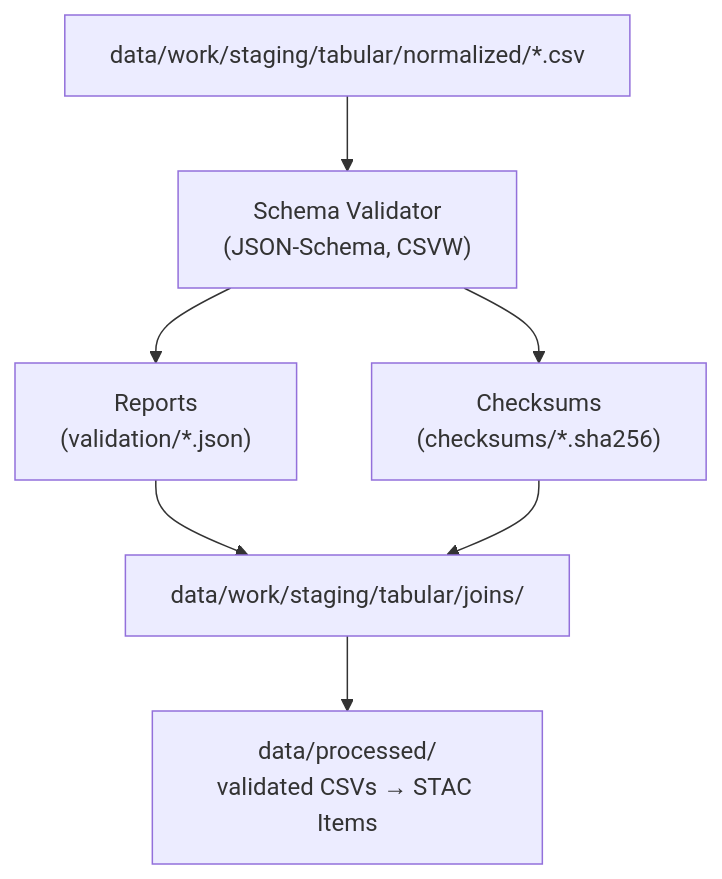
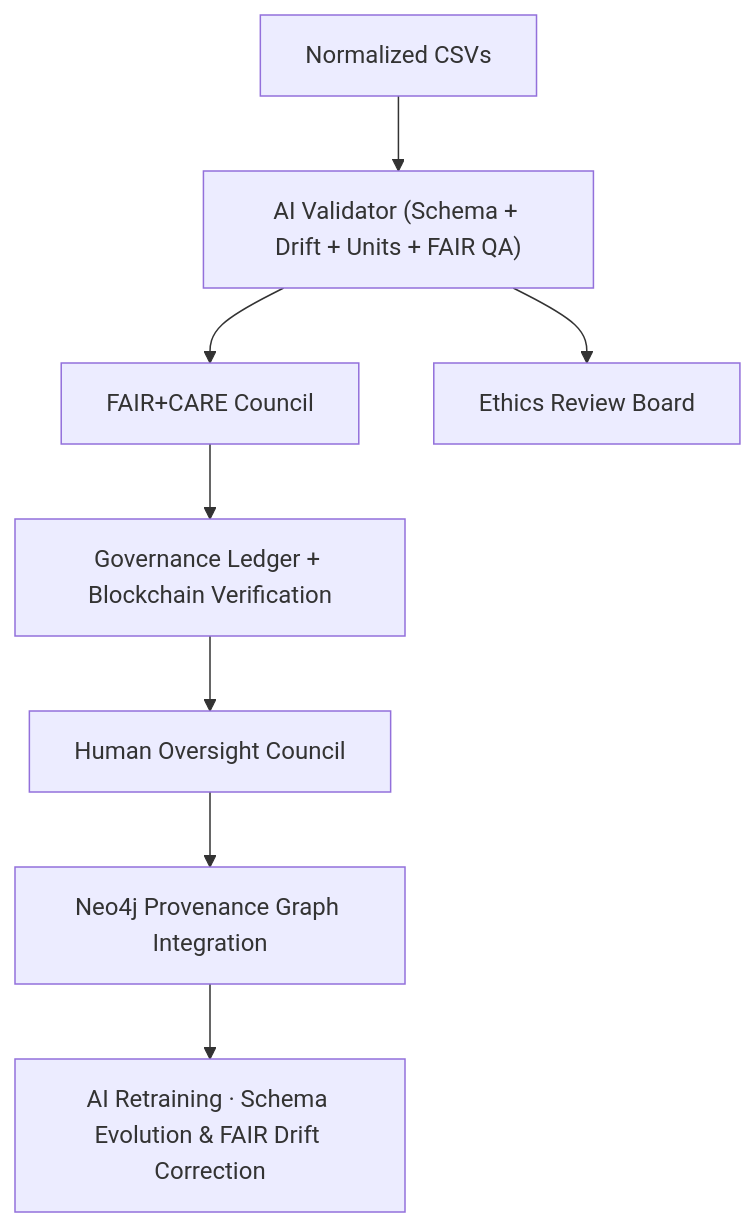
One commit to bartytime4life/Kansas-Frontier-Matrix changed the diagram in data/work/staging/tabular/validation/README.md. Above: the diagram before and after it, drawn with Mermaid. The commit also changed other lines of this file, not shown here.

`````diff
--- a/data/work/staging/tabular/validation/README.md
+++ b/data/work/staging/tabular/validation/README.md
@@ -35,10 +94,10 @@
 ```mermaid
 flowchart TD
-  A["data/work/staging/tabular/normalized/*.csv"] --> B["Schema Validator\n(JSON-Schema, CSVW)"]
-  B --> C["Reports\n(validation/*.json)"]
-  B --> D["Checksums\n(checksums/*.sha256)"]
-  C --> E["data/work/staging/tabular/joins/"]
-  D --> E
-  E --> F["data/processed/\nvalidated CSVs → STAC Items"]
-%% END OF MERMAID
-````
+A["Normalized CSVs"] --> B["AI Validator (Schema + Drift + Units + FAIR QA)"]
+B --> C["FAIR+CARE Council"]
+B --> D["Ethics Review Board"]
+C --> E["Governance Ledger + Blockchain Verification"]
+E --> F["Human Oversight Council"]
+F --> G["Neo4j Provenance Graph Integration"]
+G --> H["AI Retraining · Schema Evolution & FAIR Drift Correction"]
+```
`````
